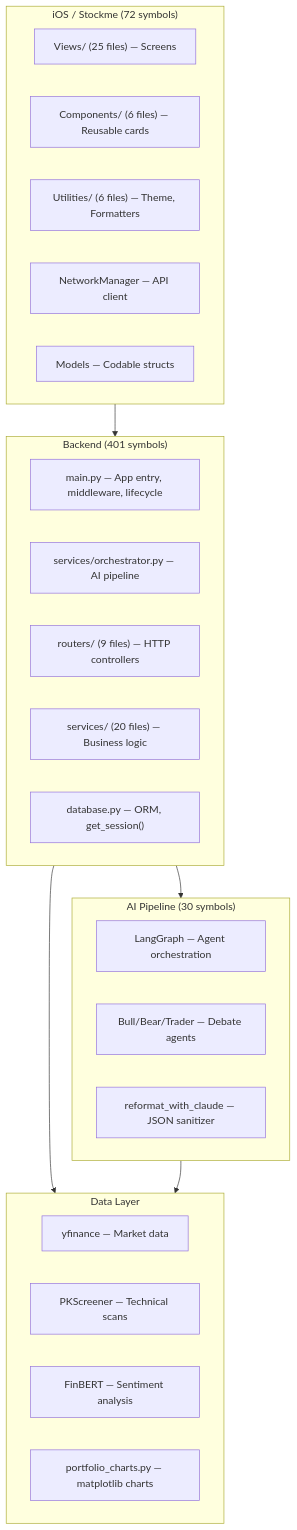
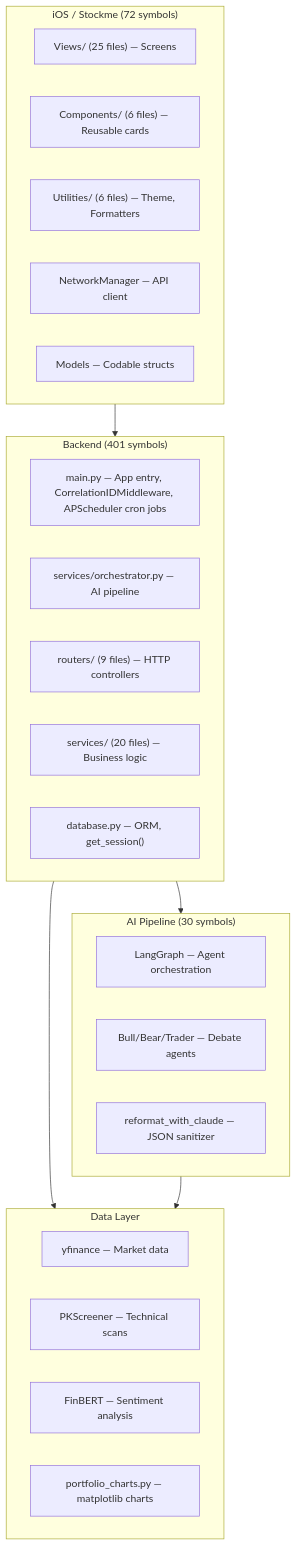
The diagram in CodebaseInformation/ARCHITECTURE.md (snp05016/nivesh), drawn with Mermaid before and after one commit. The commit also changed other lines of this file and 3 other files, not shown here.

Commit message:
docs: sync architectural and api contract maps with v2 improvements

````diff
--- a/CodebaseInformation/ARCHITECTURE.md
+++ b/CodebaseInformation/ARCHITECTURE.md
@@ -24,36 +24,36 @@
 ```mermaid
 graph TB
     subgraph Backend["Backend (401 symbols)"]
-        main["main.py — App entry, middleware, lifecycle"]
+        main["main.py — App entry, CorrelationIDMiddleware, APScheduler cron jobs"]
         orchestrator["services/orchestrator.py — AI pipeline"]
         routers["routers/ (9 files) — HTTP controllers"]
         services["services/ (20 files) — Business logic"]
         database["database.py — ORM, get_session()"]
     end
 
     subgraph iOS["iOS / Stockme (72 symbols)"]
         views["Views/ (25 files) — Screens"]
         components["Components/ (6 files) — Reusable cards"]
         utilities["Utilities/ (6 files) — Theme, Formatters"]
         network["NetworkManager — API client"]
         models["Models — Codable structs"]
     end
 
     subgraph AI["AI Pipeline (30 symbols)"]
         langgraph["LangGraph — Agent orchestration"]
         agents["Bull/Bear/Trader — Debate agents"]
         reformat["reformat_with_claude — JSON sanitizer"]
     end
 
     subgraph Data["Data Layer"]
         yf["yfinance — Market data"]
         pk["PKScreener — Technical scans"]
         finbert["FinBERT — Sentiment analysis"]
         charts["portfolio_charts.py — matplotlib charts"]
     end
 
     iOS --> Backend
     Backend --> AI
     Backend --> Data
     AI --> Data
 ```
````
